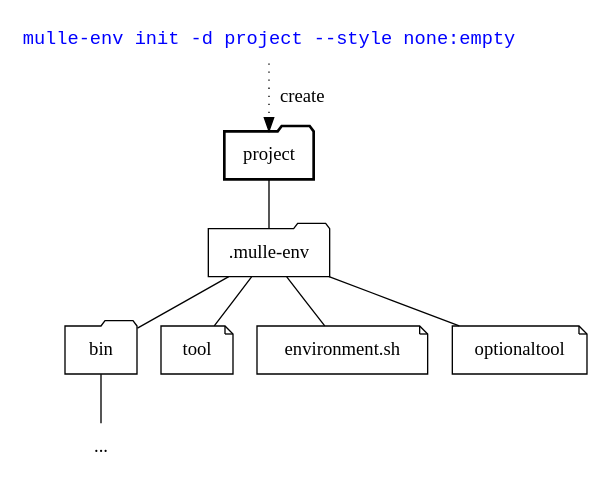
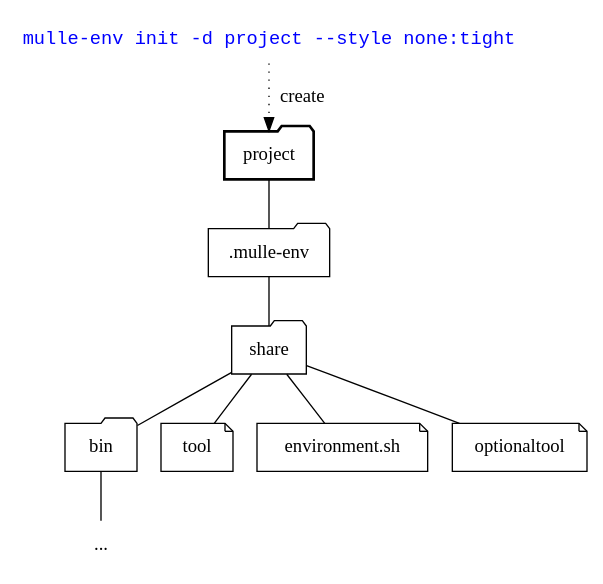
One commit to mulle-sde/mulle-env changed the diagram in dox/mulle-env-overview.dot. Above: the diagram before and after it, drawn with Graphviz. The commit also changed 4 other files, not shown here.

```diff
--- a/dox/mulle-env-overview.dot
+++ b/dox/mulle-env-overview.dot
@@ -1,27 +1,29 @@
 digraph G {
     graph [rankdir = TD];
 
     node[shape=note];
     edge[arrowhead=none];
 
-        "mulle-env init" [ label="mulle-env init -d project --style none:empty",
+        "mulle-env init" [ label="mulle-env init -d project --style none:tight",
                            fontname="monospace",
                            fontcolor="blue",
                            shape="none" ]
 
         "mulle-env init" -> "project" [ arrowhead="", style="dotted", label=" create"]
          "project"     [ shape="folder", penwidth="2" ]
         ".mulle-env"   [ shape="folder" ]
+        "share"        [ shape="folder" ]
         "bin"          [ shape="folder" ]
 
         "tool"
         "environment.sh"
 
-        "project" ->  ".mulle-env"
-        ".mulle-env" -> "environment.sh"
-        ".mulle-env" -> "tool"
-        ".mulle-env" -> "optionaltool"
-        ".mulle-env" -> "bin"
-        "bin" ->     "..."
+        "project"    ->  ".mulle-env"
+        ".mulle-env" ->  "share"
+        "share"      -> "environment.sh"
+        "share"      -> "tool"
+        "share"      -> "optionaltool"
+        "share"      -> "bin"
+        "bin"        ->     "..."
         "..." [ shape="none"]
 }
```
